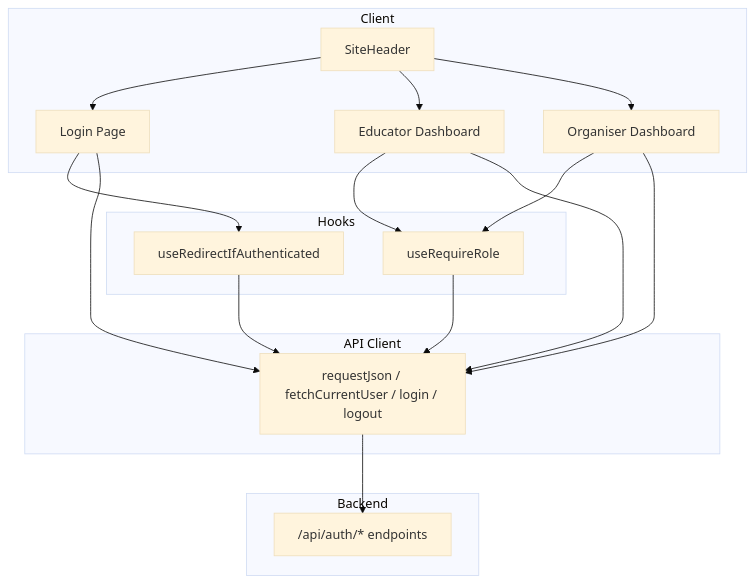
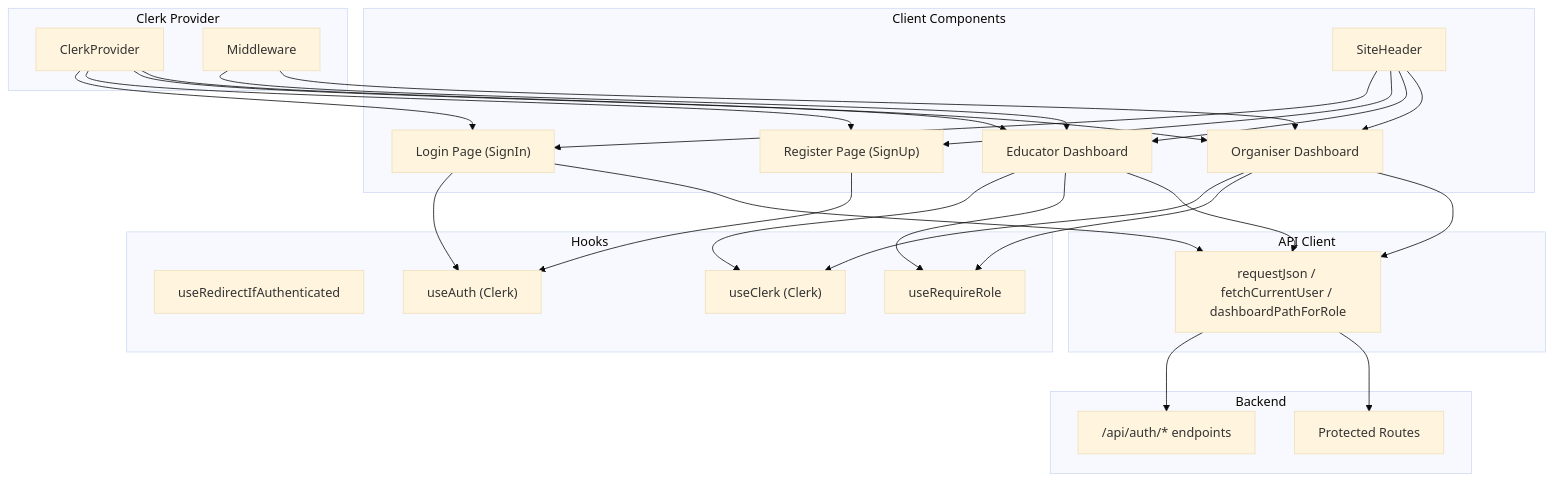
One commit to ZandileMkontwana/olympiad-portal changed the first of 3 diagrams in .qoder/repowiki/en/content/Authentication & Authorization/Client-Side Authentication Handling.md. Above: the diagram before and after it, drawn with Mermaid (base theme). The commit also changed other lines of this file and 16 other files, not shown here.

Commit message:
fix: test(backend): update tests for Clerk auth and Supabase storage

````diff
--- a/.qoder/repowiki/en/content/Authentication & Authorization/Client-Side Authentication Handling.md
+++ b/.qoder/repowiki/en/content/Authentication & Authorization/Client-Side Authentication Handling.md
@@ -42,31 +58,48 @@
 ```mermaid
 graph TB
-subgraph "Client"
-A["Login Page"]
-B["Educator Dashboard"]
-C["Organiser Dashboard"]
-H["SiteHeader"]
+subgraph "Clerk Provider"
+A["ClerkProvider"]
+B["Middleware"]
+end
+subgraph "Client Components"
+C["Login Page (SignIn)"]
+D["Register Page (SignUp)"]
+E["Educator Dashboard"]
+F["Organiser Dashboard"]
+G["SiteHeader"]
 end
 subgraph "Hooks"
-D["useRedirectIfAuthenticated"]
-E["useRequireRole"]
+H["useRedirectIfAuthenticated"]
+I["useRequireRole"]
+J["useAuth (Clerk)"]
+K["useClerk (Clerk)"]
 end
 subgraph "API Client"
-F["requestJson / fetchCurrentUser / login / logout"]
+L["requestJson / fetchCurrentUser / dashboardPathForRole"]
 end
 subgraph "Backend"
-G["/api/auth/* endpoints"]
+M["/api/auth/* endpoints"]
+N["Protected Routes"]
 end
+A --> C
 A --> D
+A --> E
+A --> F
 B --> E
-C --> E
-D --> F
-E --> F
-A --> F
 B --> F
-C --> F
-F --> G
-H --> A
-H --> B
-H --> C
+C --> J
+D --> J
+E --> K
+F --> K
+E --> I
+F --> I
+C --> L
+E --> L
+F --> L
+L --> M
+L --> N
+G --> C
+G --> D
+G --> E
+G --> F
 ```
````
